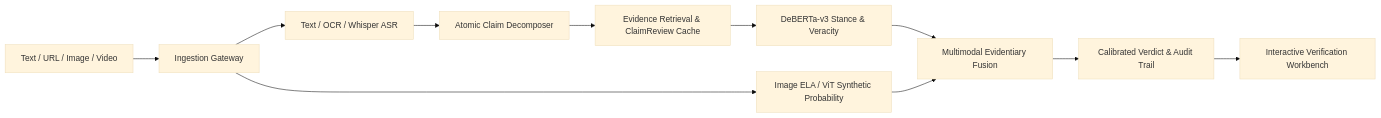
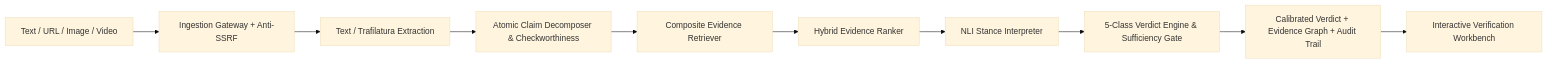
Before and after one commit to vkdevz/TruthLab_v2: the diagram in README.md, drawn with Mermaid (base theme). The commit also changed other lines of this file and 21 other files, not shown here.

````diff
--- a/README.md
+++ b/README.md
@@ -18,13 +39,12 @@
 ```mermaid
 flowchart LR
-    User[Text / URL / Image / Video] --> Ingest[Ingestion Gateway]
-    Ingest --> Normalizer[Text / OCR / Whisper ASR]
-    Normalizer --> Claims[Atomic Claim Decomposer]
-    Claims --> Retrieve[Evidence Retrieval & ClaimReview Cache]
-    Retrieve --> NLI[DeBERTa-v3 Stance & Veracity]
-    Ingest --> Forensics[Image ELA / ViT Synthetic Probability]
-    NLI --> Fusion[Multimodal Evidentiary Fusion]
-    Forensics --> Fusion
-    Fusion --> Explain[Calibrated Verdict & Audit Trail]
+    User[Text / URL / Image / Video] --> Ingest[Ingestion Gateway + Anti-SSRF]
+    Ingest --> Normalizer[Text / Trafilatura Extraction]
+    Normalizer --> Claims[Atomic Claim Decomposer & Checkworthiness]
+    Claims --> Retrieve[Composite Evidence Retriever]
+    Retrieve --> Rank[Hybrid Evidence Ranker]
+    Rank --> NLI[NLI Stance Interpreter]
+    NLI --> Verdict[5-Class Verdict Engine & Sufficiency Gate]
+    Verdict --> Explain[Calibrated Verdict + Evidence Graph + Audit Trail]
     Explain --> UI[Interactive Verification Workbench]
 ```
````
